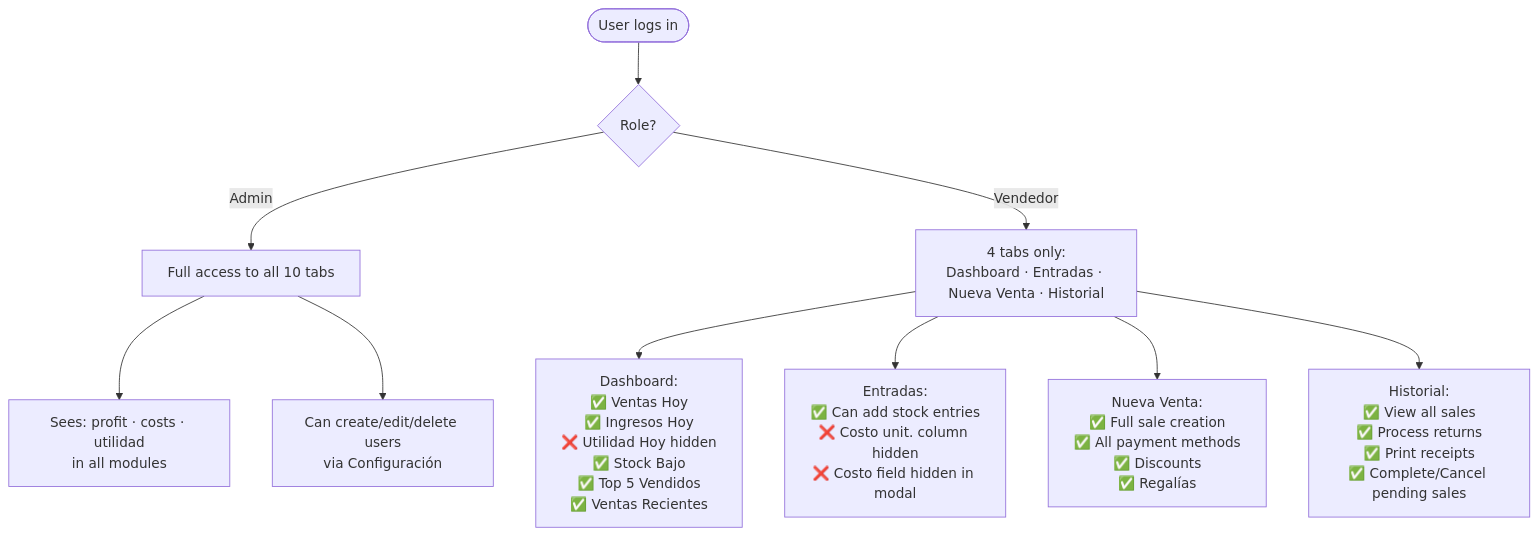
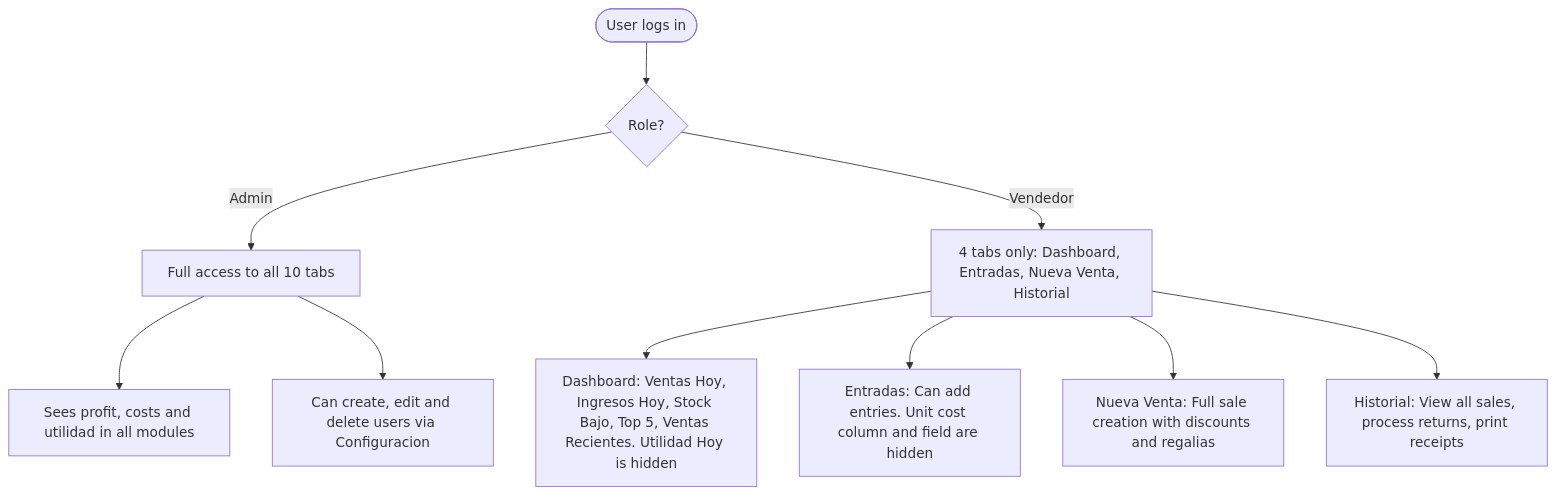
One commit to seqencia/InventoryProyectHome changed the second of 3 diagrams in docs/diagrams/ROLES.md. Above: the diagram before and after it, drawn with Mermaid. The commit also changed other lines of this file and 6 other files, not shown here.

First line of the commit message:
fix: correct Mermaid syntax errors in all diagrams

````diff
--- a/docs/diagrams/ROLES.md
+++ b/docs/diagrams/ROLES.md
@@ -55,18 +45,15 @@
 ```mermaid
 flowchart TD
     LOGIN([User logs in]) --> ROLE{Role?}
 
     ROLE -- Admin --> ADMIN_ALL[Full access to all 10 tabs]
-    ADMIN_ALL --> ADMIN_COST[Sees: profit · costs · utilidad\nin all modules]
-    ADMIN_ALL --> ADMIN_USERS[Can create/edit/delete users\nvia Configuración]
+    ADMIN_ALL --> ADMIN_COST[Sees profit, costs and utilidad in all modules]
+    ADMIN_ALL --> ADMIN_USERS[Can create, edit and delete users via Configuracion]
 
-    ROLE -- Vendedor --> VEND_TABS[4 tabs only:\nDashboard · Entradas · Nueva Venta · Historial]
+    ROLE -- Vendedor --> VEND_TABS[4 tabs only: Dashboard, Entradas, Nueva Venta, Historial]
 
-    VEND_TABS --> VEND_DASH[Dashboard:\n✅ Ventas Hoy\n✅ Ingresos Hoy\n❌ Utilidad Hoy hidden\n✅ Stock Bajo\n✅ Top 5 Vendidos\n✅ Ventas Recientes]
-
-    VEND_TABS --> VEND_STOCK[Entradas:\n✅ Can add stock entries\n❌ Costo unit. column hidden\n❌ Costo field hidden in modal]
-
-    VEND_TABS --> VEND_SALE[Nueva Venta:\n✅ Full sale creation\n✅ All payment methods\n✅ Discounts\n✅ Regalías]
-
-    VEND_TABS --> VEND_HIST[Historial:\n✅ View all sales\n✅ Process returns\n✅ Print receipts\n✅ Complete/Cancel pending sales]
+    VEND_TABS --> VEND_DASH[Dashboard: Ventas Hoy, Ingresos Hoy, Stock Bajo, Top 5, Ventas Recientes. Utilidad Hoy is hidden]
+    VEND_TABS --> VEND_STOCK[Entradas: Can add entries. Unit cost column and field are hidden]
+    VEND_TABS --> VEND_SALE[Nueva Venta: Full sale creation with discounts and regalias]
+    VEND_TABS --> VEND_HIST[Historial: View all sales, process returns, print receipts]
 ```
````
